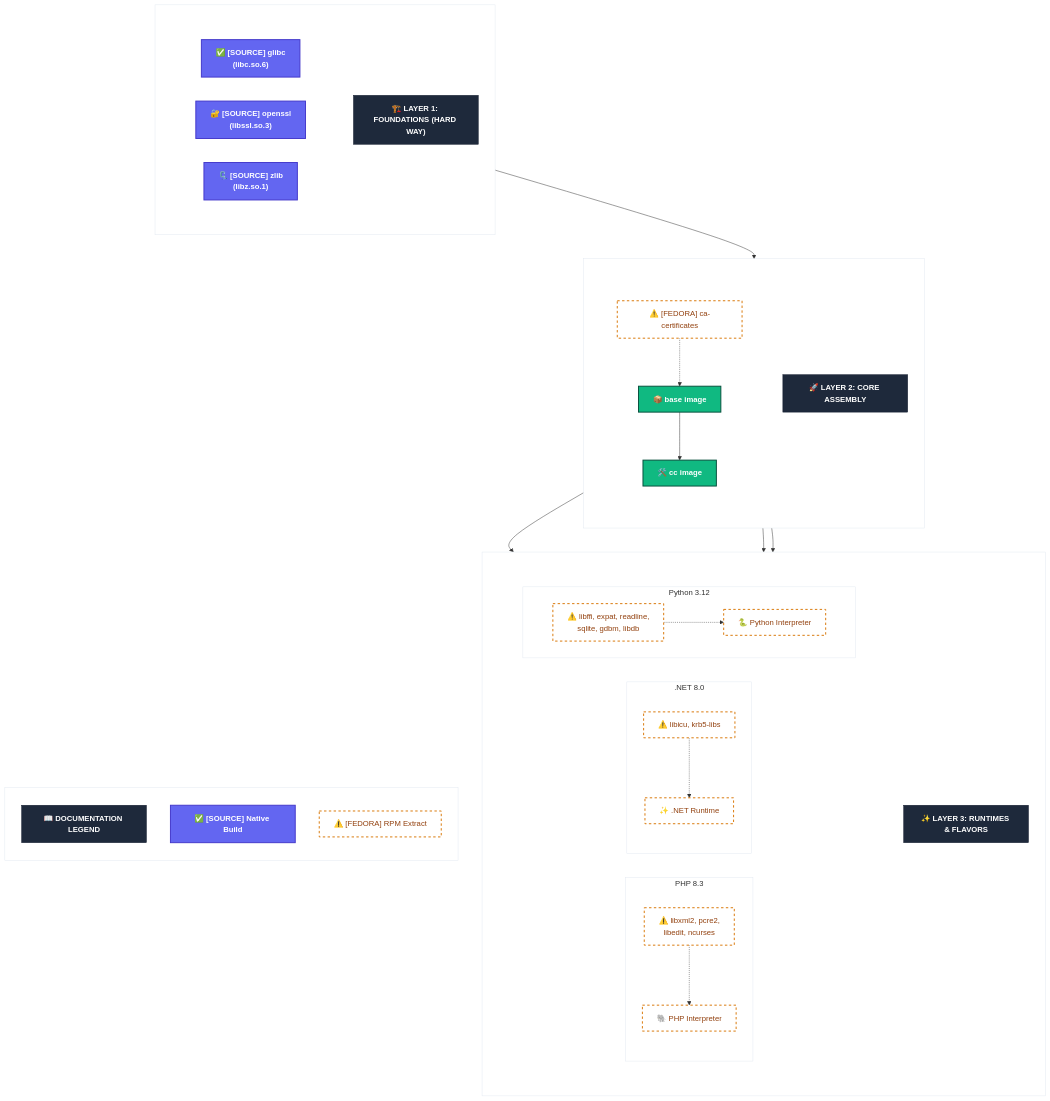
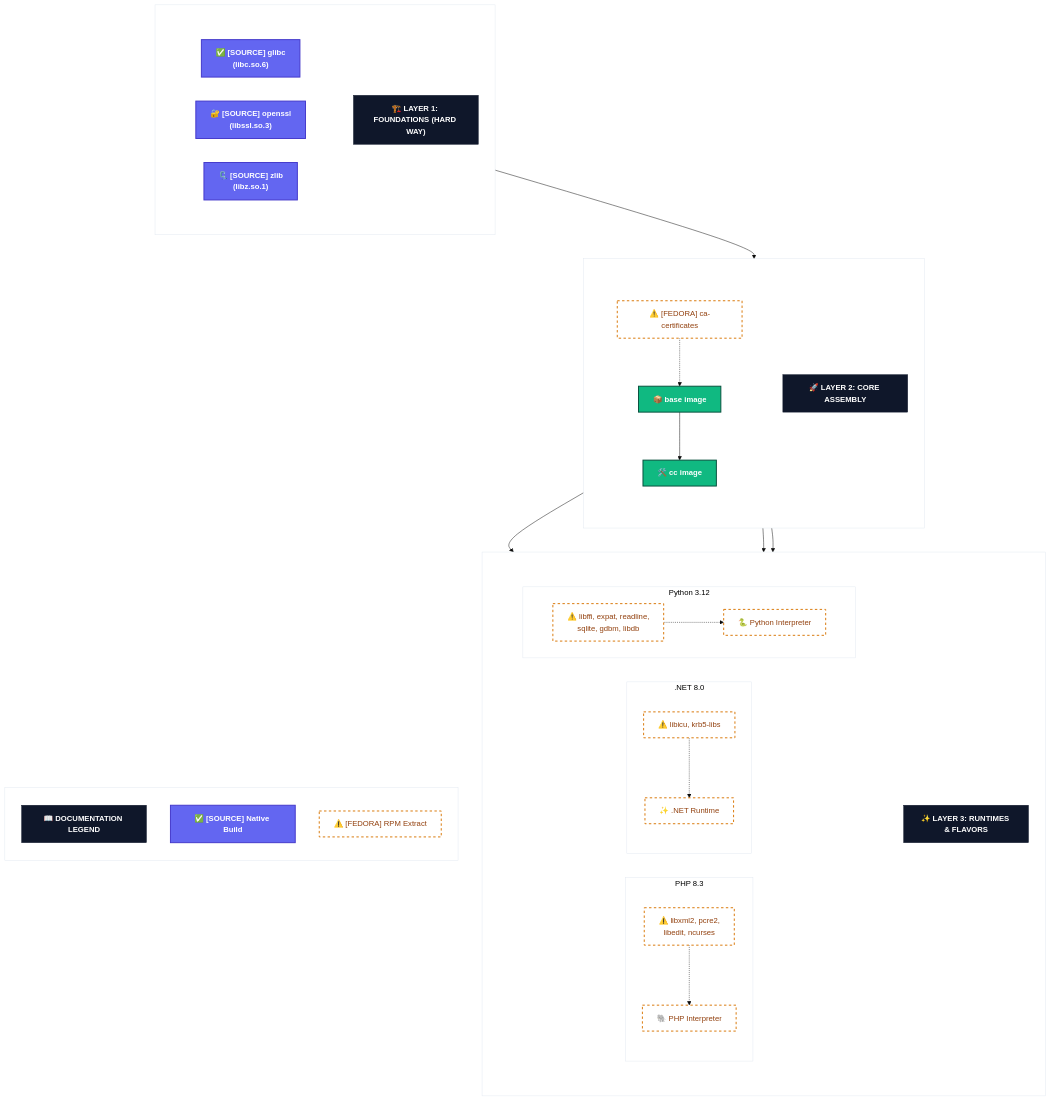
Before and after one commit to mbuccarello/distroless-the-hard-way: the diagram in docs/mermaid/lib-hierarchy.mmd, drawn with Mermaid. The commit also changed 1 other file, not shown here.

```diff
--- a/docs/mermaid/lib-hierarchy.mmd
+++ b/docs/mermaid/lib-hierarchy.mmd
@@ -1,96 +1,97 @@
+%%{init: {'theme': 'base', 'themeVariables': { 'clusterBkg': '#ffffff', 'clusterBorder': '#e2e8f0', 'primaryColor': '#ffffff', 'edgeColor': '#94a3b8' }}}%%
 graph TB
     %% Modern Enterprise Design System
     classDef source fill:#6366f1,stroke:#4338ca,color:#fff,stroke-width:2px,font-weight:bold;
     classDef fedora fill:#ffffff,stroke:#d97706,color:#92400e,stroke-width:2px,stroke-dasharray: 5 5;
     classDef image fill:#10b981,stroke:#064e3b,color:#fff,stroke-width:2px,font-weight:bold;
-    classDef header fill:#1e293b,stroke:#0f172a,color:#fff,font-weight:bold,font-size:16px;
+    classDef header fill:#0f172a,stroke:#0f172a,color:#fff,font-weight:bold,font-size:16px;
 
     %% Foundations
     subgraph L1_Cont [" "]
         direction TB
         h1["🏗️ LAYER 1: FOUNDATIONS (HARD WAY)"]:::header
         
         subgraph L1_Content ["&nbsp;"]
             direction LR
             glibc["✅ [SOURCE] glibc<br/>(libc.so.6)"]
             openssl["🔐 [SOURCE] openssl<br/>(libssl.so.3)"]
             zlib["🗜️ [SOURCE] zlib<br/>(libz.so.1)"]
         end
     end
     style L1_Cont fill:#ffffff,stroke:#e2e8f0,stroke-width:1px;
     style L1_Content fill:#ffffff,stroke:none;
 
     %% Assembly
     subgraph L2_Cont [" "]
         direction TB
         h2["🚀 LAYER 2: CORE ASSEMBLY"]:::header
         
         subgraph L2_Content ["&nbsp;"]
             direction TB
             cacert["⚠️ [FEDORA] ca-certificates"]
             base["📦 base image"]
             cc["🛠️ cc image"]
             
             cacert -.-> base
             base --> cc
         end
     end
     style L2_Cont fill:#ffffff,stroke:#e2e8f0,stroke-width:1px;
     style L2_Content fill:#ffffff,stroke:none;
 
     %% Runtimes
     subgraph L3_Cont [" "]
         direction TB
         h3["✨ LAYER 3: RUNTIMES & FLAVORS"]:::header
         
         subgraph L3_Content ["&nbsp;"]
             direction LR
             
             subgraph PHP ["PHP 8.3"]
                 php_libs["⚠️ libxml2, pcre2,<br/>libedit, ncurses"]
                 php_bin["🐘 PHP Interpreter"]
                 php_libs -.-> php_bin
             end
 
             subgraph Dotnet [".NET 8.0"]
                 dotnet_libs["⚠️ libicu, krb5-libs"]
                 dotnet_bin["✨ .NET Runtime"]
                 dotnet_libs -.-> dotnet_bin
             end
 
             subgraph Python ["Python 3.12"]
                 py_libs["⚠️ libffi, expat, readline,<br/>sqlite, gdbm, libdb"]
                 py_bin["🐍 Python Interpreter"]
                 py_libs -.-> py_bin
             end
         end
     end
     style L3_Cont fill:#ffffff,stroke:#e2e8f0,stroke-width:1px;
     style L3_Content fill:#ffffff,stroke:none;
     style PHP fill:#ffffff,stroke:#e2e8f0;
     style Dotnet fill:#ffffff,stroke:#e2e8f0;
     style Python fill:#ffffff,stroke:#e2e8f0;
 
     %% Isolated Legend
     subgraph Legend_Cont [" "]
         direction TB
         hl["📖 DOCUMENTATION LEGEND"]:::header
         l1["✅ [SOURCE] Native Build"]:::source
         l2["⚠️ [FEDORA] RPM Extract"]:::fedora
     end
     style Legend_Cont fill:#ffffff,stroke:#e2e8f0,stroke-width:1px;
 
     %% Global Connections
     L1_Content --> base
     cc --> PHP
     cc --> Dotnet
     cc --> Python
 
     %% Applying Classes
     class glibc,openssl,zlib source;
     class cacert,php_bin,php_libs,dotnet_bin,dotnet_libs,py_bin,py_libs fedora;
     class base,cc image;
 
     %% Spacing Hacks
     L1_Cont ~~~ Legend_Cont
     L2_Cont ~~~ Legend_Cont
```
